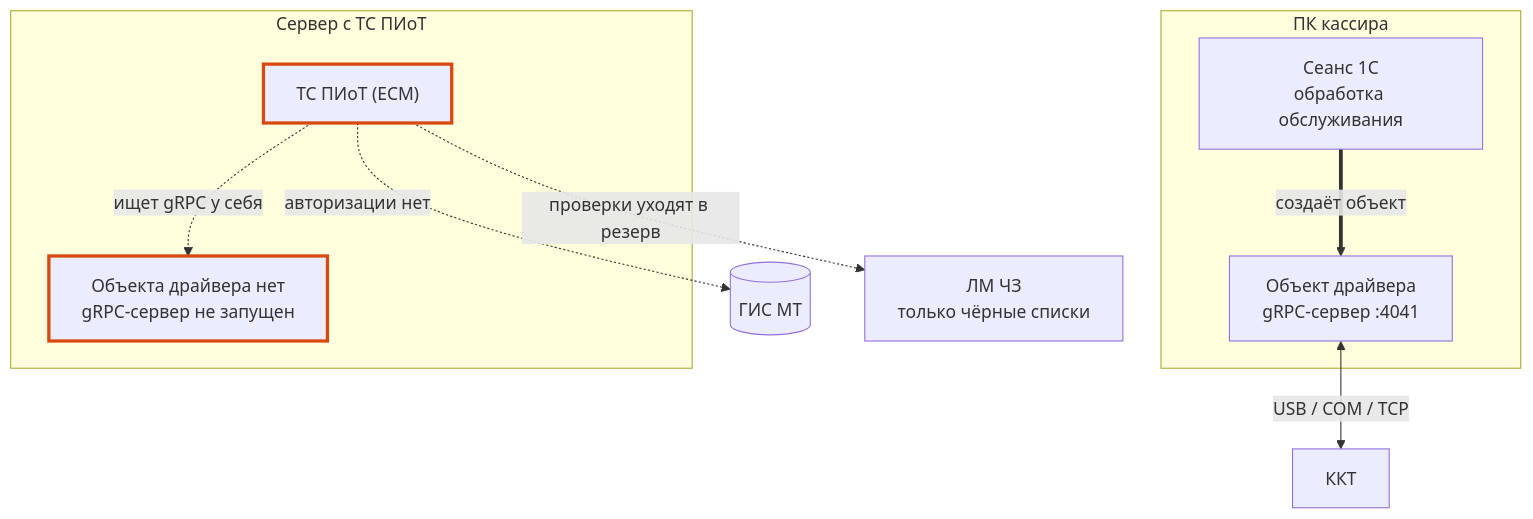
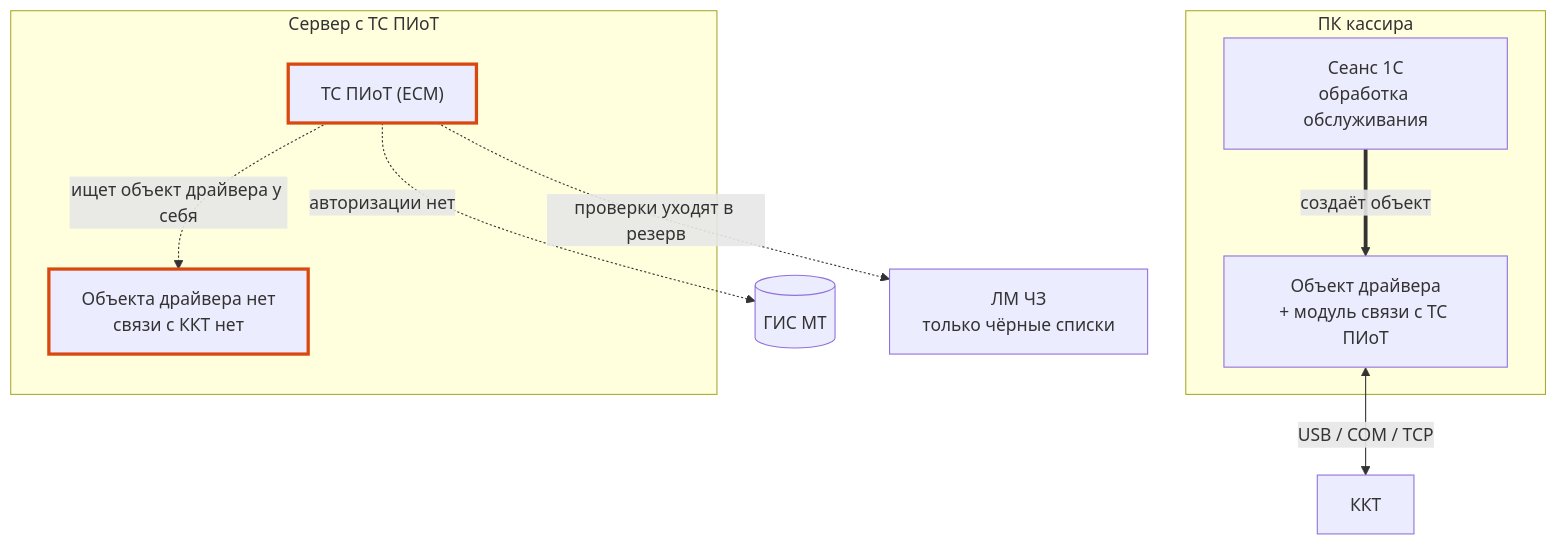
Before and after one commit to AlexKrutikov/epf54fz-docs: the third of 3 diagrams in docs/instructions/piot.md, drawn with Mermaid. The commit also changed other lines of this file and 1 other file, not shown here.

Commit message:
docs(piot): раздел о размещении объекта драйвера общий для Атол и Штрих

````diff
--- a/docs/instructions/piot.md
+++ b/docs/instructions/piot.md
@@ -358,21 +367,21 @@
 ```mermaid
 flowchart TB
   subgraph PC1["ПК кассира"]
     S1C["Сеанс 1С<br/>обработка обслуживания"]
-    DRV["Объект драйвера<br/>gRPC-сервер :4041"]
+    DRV["Объект драйвера<br/>+ модуль связи с ТС ПИоТ"]
   end
   subgraph PC2["Сервер с ТС ПИоТ"]
     ESM["ТС ПИоТ (ЕСМ)"]
-    NODRV["Объекта драйвера нет<br/>gRPC-сервер не запущен"]
+    NODRV["Объекта драйвера нет<br/>связи с ККТ нет"]
   end
   KKT["ККТ"]
   GIS[("ГИС МТ")]
   LM["ЛМ ЧЗ<br/>только чёрные списки"]
   S1C ==>|"создаёт объект"| DRV
   DRV <-->|"USB / COM / TCP"| KKT
-  ESM -.->|"ищет gRPC у себя"| NODRV
+  ESM -.->|"ищет объект драйвера у себя"| NODRV
   ESM -.->|"авторизации нет"| GIS
   ESM -.->|"проверки уходят в резерв"| LM
   classDef bad stroke:#d9480f,stroke-width:3px
   class NODRV,ESM bad
 ```
````
